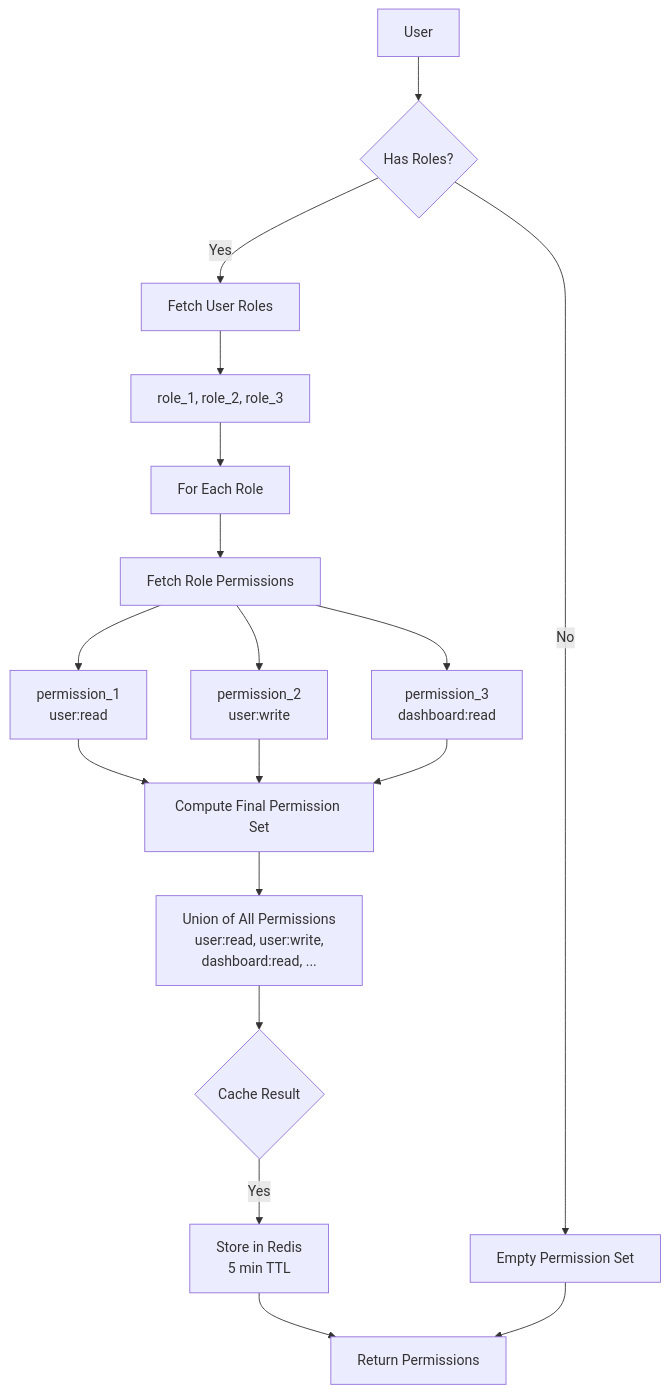
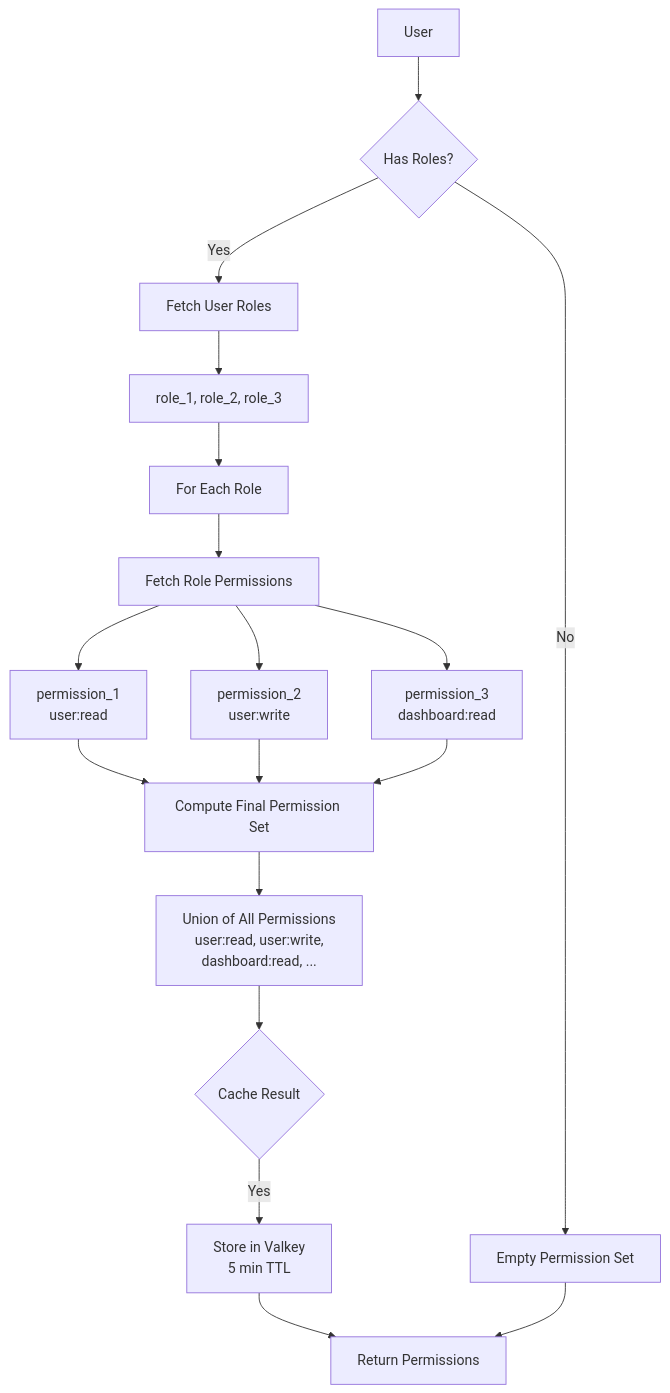
One commit to telemetryflow/telemetryflow-overview changed the tenth of 25 diagrams in architecture/04-SECURITY.md. Above: the diagram before and after it, drawn with Mermaid. The commit also changed other lines of this file and 23 other files, not shown here.

First line of the commit message:
docs: relabel Redis->Valkey in architecture/diagrams/prose (follow-up sweep)

````diff
--- a/architecture/04-SECURITY.md
+++ b/architecture/04-SECURITY.md
@@ -366,27 +366,27 @@
 ```mermaid
 flowchart TD
     A[User] --> B{Has Roles?}
 
     B -->|Yes| C[Fetch User Roles]
     C --> D[role_1, role_2, role_3]
 
     D --> E[For Each Role]
     E --> F[Fetch Role Permissions]
 
     F --> G[permission_1<br/>user:read]
     F --> H[permission_2<br/>user:write]
     F --> I[permission_3<br/>dashboard:read]
 
     G --> J[Compute Final Permission Set]
     H --> J
     I --> J
 
     J --> K[Union of All Permissions<br/>user:read, user:write,<br/>dashboard:read, ...]
 
     K --> L{Cache Result}
-    L -->|Yes| M[Store in Redis<br/>5 min TTL]
+    L -->|Yes| M[Store in Valkey<br/>5 min TTL]
     M --> N[Return Permissions]
 
     B -->|No| O[Empty Permission Set]
     O --> N
 ```
````
